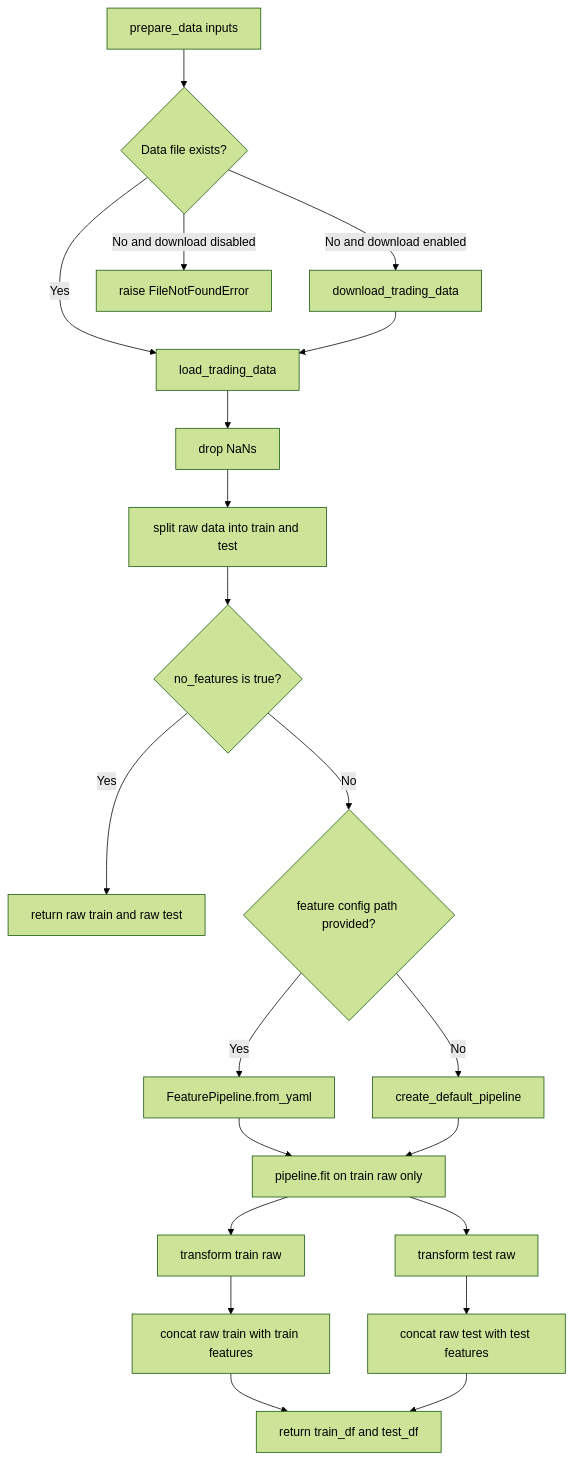
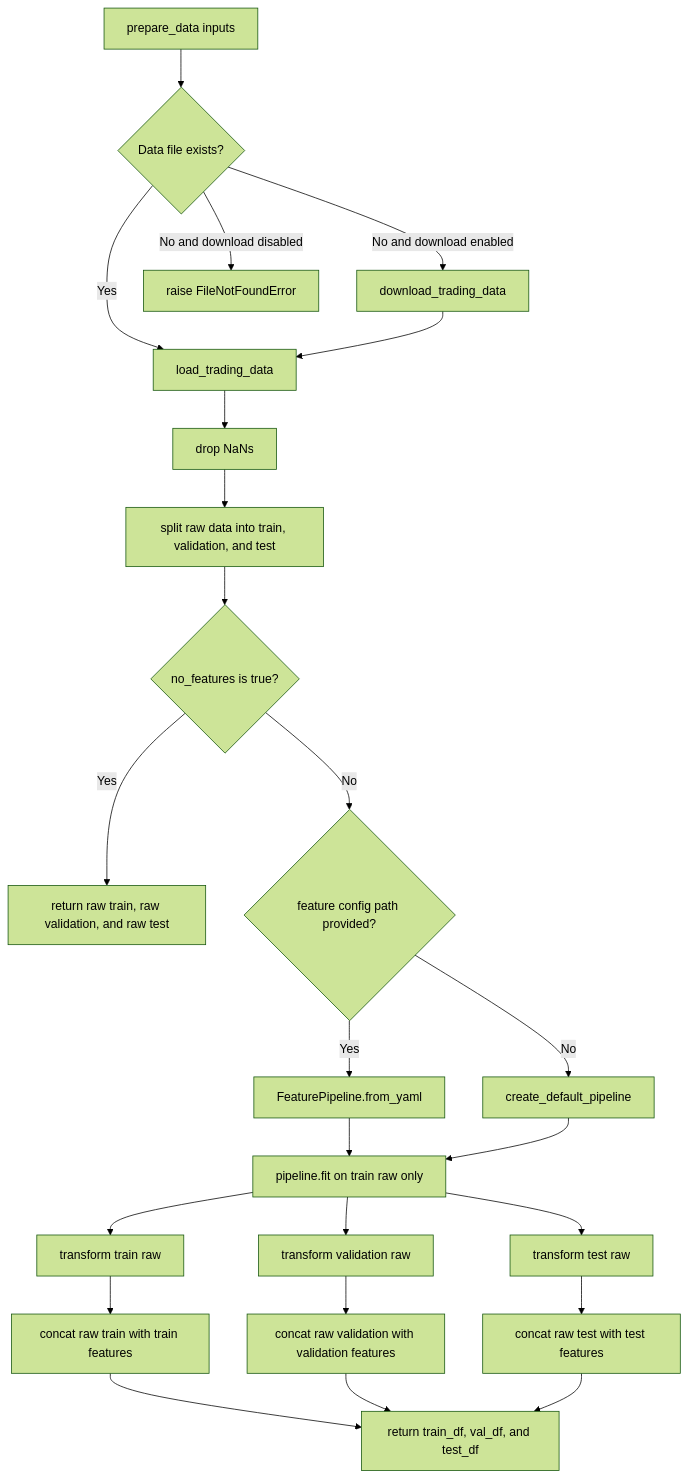
Before and after one commit to kwojdalski/masters_thesis: the diagram in docs/prepare_data.md, drawn with Mermaid (forest theme). The commit also changed 6 other files, not shown here.

Commit message:
Add validation split to data preparation workflow

````diff
--- a/docs/prepare_data.md
+++ b/docs/prepare_data.md
@@ -1,23 +1,26 @@
 ```mermaid
 flowchart TD
     A["prepare_data inputs"] --> B{"Data file exists?"}
     B -- "No and download enabled" --> C["download_trading_data"]
     B -- "No and download disabled" --> D["raise FileNotFoundError"]
     B -- "Yes" --> E["load_trading_data"]
     C --> E
     E --> F["drop NaNs"]
-    F --> G["split raw data into train and test"]
+    F --> G["split raw data into train, validation, and test"]
     G --> H{"no_features is true?"}
-    H -- "Yes" --> I["return raw train and raw test"]
+    H -- "Yes" --> I["return raw train, raw validation, and raw test"]
     H -- "No" --> J{"feature config path provided?"}
     J -- "Yes" --> K["FeaturePipeline.from_yaml"]
     J -- "No" --> L["create_default_pipeline"]
     K --> M["pipeline.fit on train raw only"]
     L --> M
     M --> N["transform train raw"]
-    M --> O["transform test raw"]
-    N --> P["concat raw train with train features"]
-    O --> Q["concat raw test with test features"]
-    P --> R["return train_df and test_df"]
-    Q --> R
+    M --> O["transform validation raw"]
+    M --> P["transform test raw"]
+    N --> Q["concat raw train with train features"]
+    O --> R["concat raw validation with validation features"]
+    P --> S["concat raw test with test features"]
+    Q --> T["return train_df, val_df, and test_df"]
+    R --> T
+    S --> T
 ```
````
